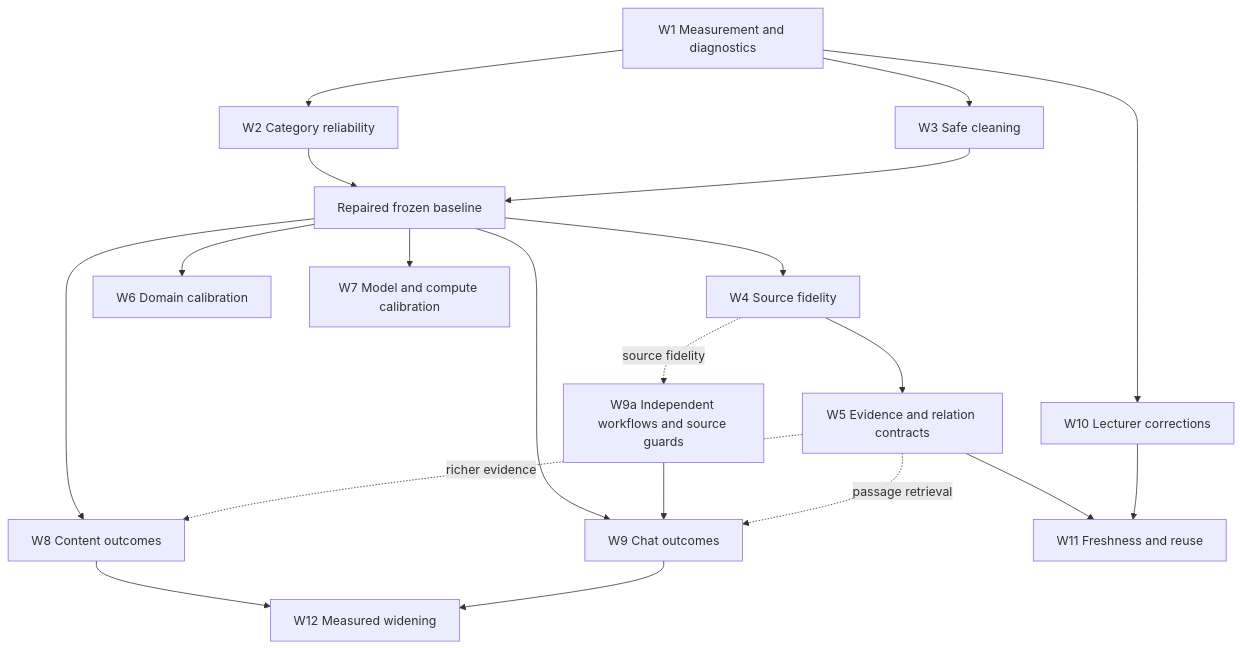
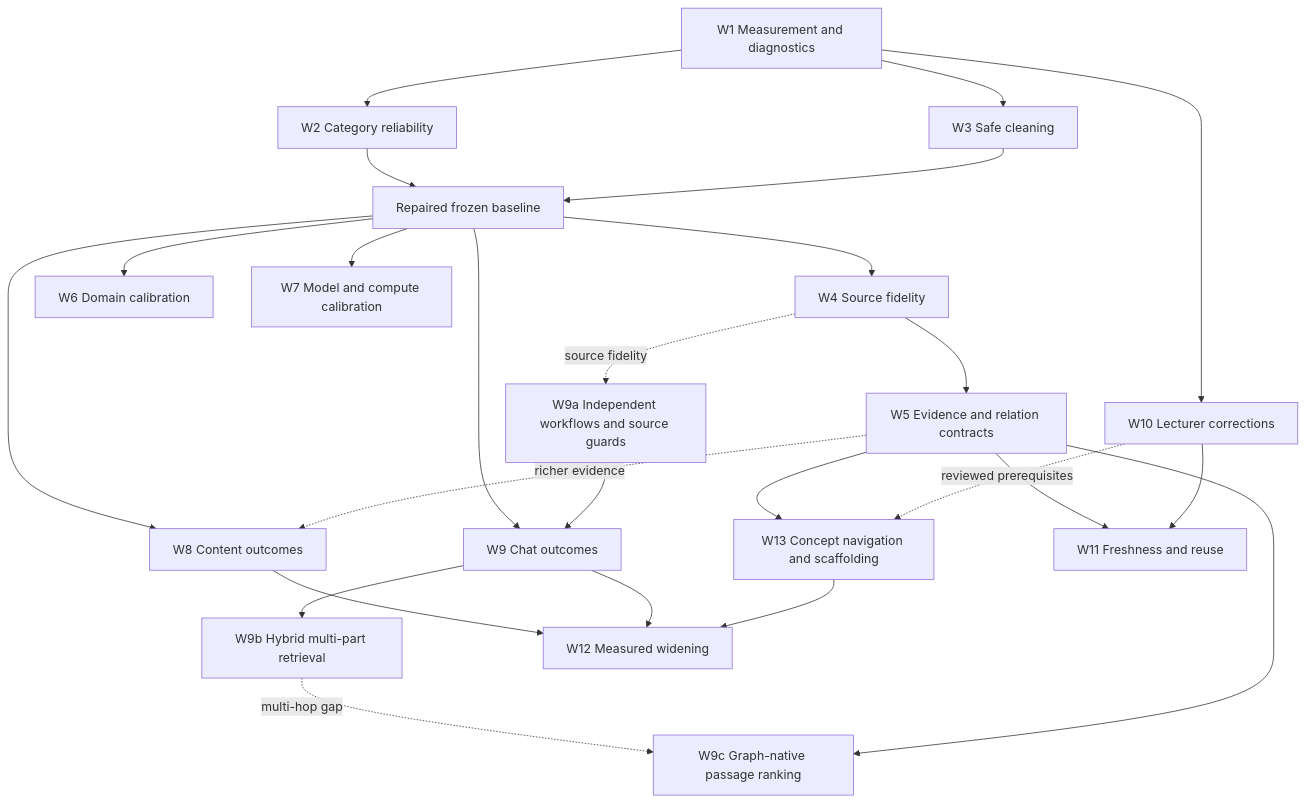
The diagram in project/2026-09-12-kg-quality-roadmap.md (uzh-bf/klicker-uzh), drawn with Mermaid before and after one commit. The commit also changed other lines of this file, not shown here.

First line of the commit message:
docs(project): record the October 19 GraphRAG checkpoint and plan W9b

````diff
--- a/project/2026-09-12-kg-quality-roadmap.md
+++ b/project/2026-09-12-kg-quality-roadmap.md
@@ -416,22 +506,27 @@
 ```mermaid
 flowchart TD
   W1[W1 Measurement and diagnostics] --> W2[W2 Category reliability]
   W1 --> W3[W3 Safe cleaning]
   W2 --> R[Repaired frozen baseline]
   W3 --> R
   R --> W4[W4 Source fidelity]
   W4 --> W5[W5 Evidence and relation contracts]
   R --> W6[W6 Domain calibration]
   R --> W7[W7 Model and compute calibration]
   R --> W8[W8 Content outcomes]
   R --> W9[W9 Chat outcomes]
   W4 -. source fidelity .-> W9a[W9a Independent workflows and source guards]
   W9a --> W9
+  W9 --> W9b[W9b Hybrid multi-part retrieval]
+  W9b -. multi-hop gap .-> W9c[W9c Graph-native passage ranking]
+  W5 --> W9c
+  W5 --> W13[W13 Concept navigation and scaffolding]
+  W10 -. reviewed prerequisites .-> W13
   W5 -. richer evidence .-> W8
-  W5 -. passage retrieval .-> W9
   W1 --> W10[W10 Lecturer corrections]
   W5 --> W11[W11 Freshness and reuse]
   W10 --> W11
   W8 --> W12[W12 Measured widening]
   W9 --> W12
+  W13 --> W12
 ```
````
